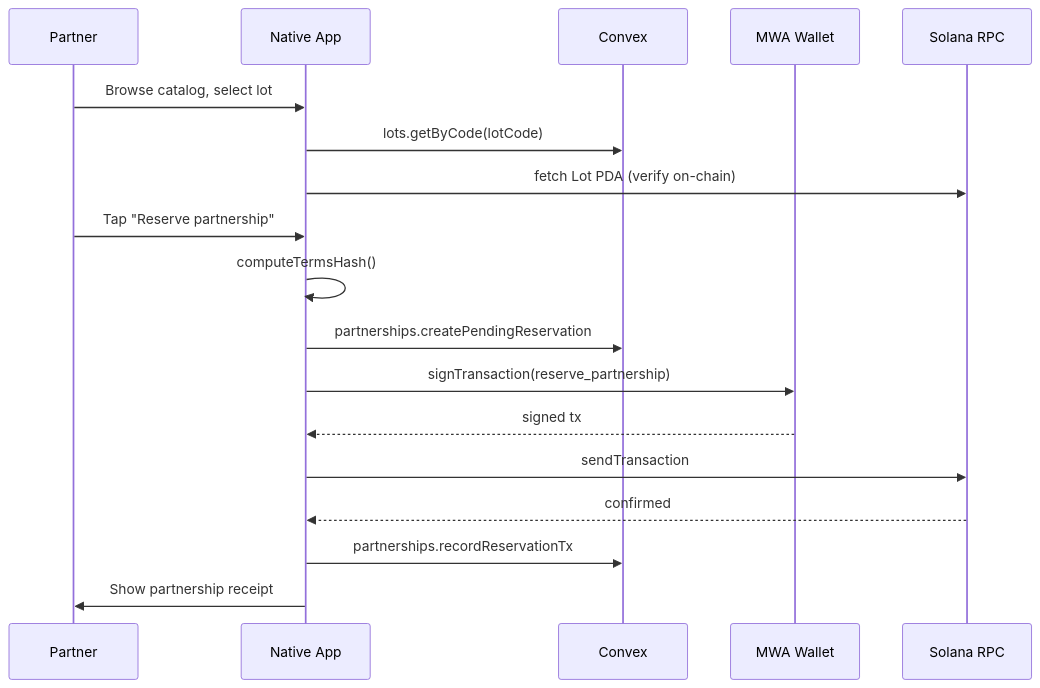
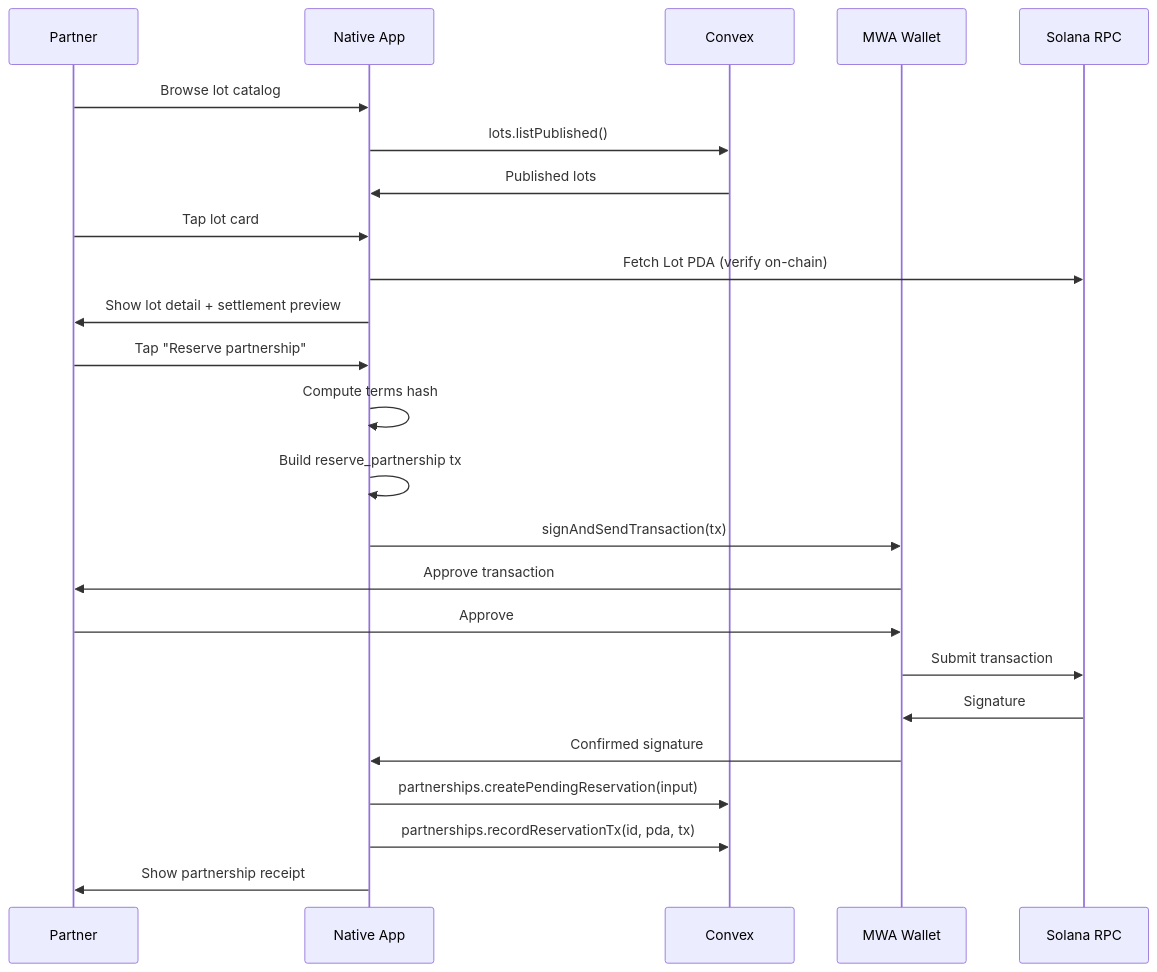
The fourth of 8 diagrams in .kiro/specs/solana-mobile-app/design.md (Experenta/hackathon-miami-harvverse-sol), drawn with Mermaid before and after one commit. The commit also changed other lines of this file and 29 other files, not shown here.

````diff
--- a/.kiro/specs/solana-mobile-app/design.md
+++ b/.kiro/specs/solana-mobile-app/design.md
@@ -108,21 +107,27 @@
 ```mermaid
 sequenceDiagram
     participant Partner
     participant App as Native App
     participant Convex
     participant MWA as MWA Wallet
     participant RPC as Solana RPC
 
-    Partner->>App: Browse catalog, select lot
-    App->>Convex: lots.getByCode(lotCode)
-    App->>RPC: fetch Lot PDA (verify on-chain)
+    Partner->>App: Browse lot catalog
+    App->>Convex: lots.listPublished()
+    Convex->>App: Published lots
+    Partner->>App: Tap lot card
+    App->>RPC: Fetch Lot PDA (verify on-chain)
+    App->>Partner: Show lot detail + settlement preview
     Partner->>App: Tap "Reserve partnership"
-    App->>App: computeTermsHash()
-    App->>Convex: partnerships.createPendingReservation
-    App->>MWA: signTransaction(reserve_partnership)
-    MWA-->>App: signed tx
-    App->>RPC: sendTransaction
-    RPC-->>App: confirmed
-    App->>Convex: partnerships.recordReservationTx
+    App->>App: Compute terms hash
+    App->>App: Build reserve_partnership tx
+    App->>MWA: signAndSendTransaction(tx)
+    MWA->>Partner: Approve transaction
+    Partner->>MWA: Approve
+    MWA->>RPC: Submit transaction
+    RPC->>MWA: Signature
+    MWA->>App: Confirmed signature
+    App->>Convex: partnerships.createPendingReservation(input)
+    App->>Convex: partnerships.recordReservationTx(id, pda, tx)
     App->>Partner: Show partnership receipt
 ```
````
